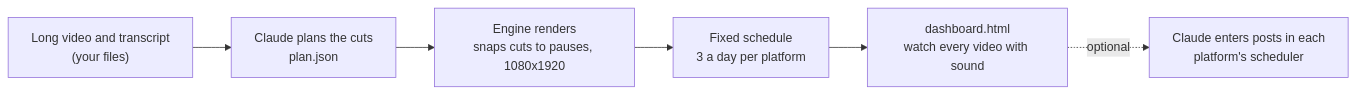
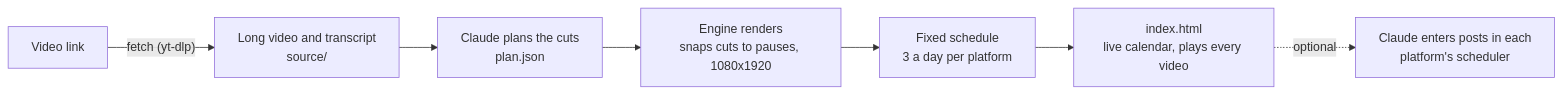
The diagram in README.md (edison16a/Content-Machine), drawn with Mermaid before and after one commit. The commit also changed other lines of this file, not shown here.

First line of the commit message:
docs(readme): explain setup, video links and the live index.html

````diff
--- a/README.md
+++ b/README.md
@@ -60,8 +60,9 @@
 ```mermaid
 flowchart LR
-  A["Long video and transcript<br/>(your files)"] --> B["Claude plans the cuts<br/>plan.json"]
+  L["Video link"] -- "fetch (yt-dlp)" --> A
+  A["Long video and transcript<br/>source/"] --> B["Claude plans the cuts<br/>plan.json"]
   B --> C["Engine renders<br/>snaps cuts to pauses, 1080x1920"]
   C --> D["Fixed schedule<br/>3 a day per platform"]
-  D --> E["dashboard.html<br/>watch every video with sound"]
+  D --> E["index.html<br/>live calendar, plays every video"]
   E -. "optional" .-> F["Claude enters posts in each<br/>platform's scheduler"]
 ```
````
